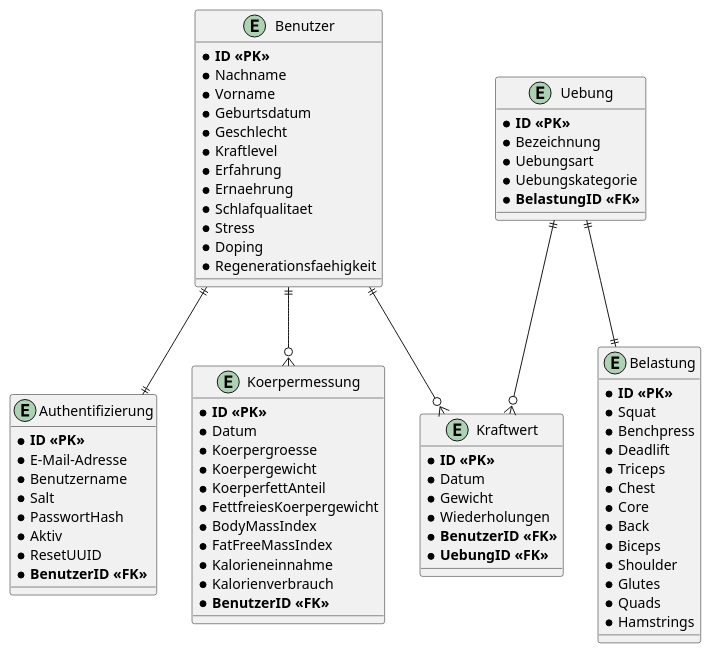
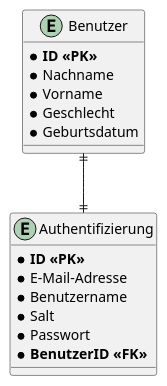
Before and after one commit to justinhada/TrainHarder: the diagram in designs/TrainHarder.puml, drawn with PlantUML. The commit also changed 1 other file, not shown here.

Commit message:
Erstelle Entity-Relationship-Models fuer Basis-Projekt

```diff
--- a/designs/TrainHarder.puml
+++ b/designs/TrainHarder.puml
@@ -1,86 +1,22 @@
 @startuml
 entity Authentifizierung
 {
     * **ID <<PK>>**
     * E-Mail-Adresse
     * Benutzername
     * Salt
-    * PasswortHash
-    * Aktiv
-    * ResetUUID
+    * Passwort
     * **BenutzerID <<FK>>**
 }
 
 entity Benutzer
 {
     * **ID <<PK>>**
     * Nachname
     * Vorname
+    * Geschlecht
     * Geburtsdatum
-    * Geschlecht
-    * Kraftlevel
-    * Erfahrung
-    * Ernaehrung
-    * Schlafqualitaet
-    * Stress
-    * Doping
-    * Regenerationsfaehigkeit
-}
-
-entity Uebung
-{
-    * **ID <<PK>>**
-    * Bezeichnung
-    * Uebungsart
-    * Uebungskategorie
-    * **BelastungID <<FK>>**
-}
-
-entity Belastung
-{
-    * **ID <<PK>>**
-    * Squat
-    * Benchpress
-    * Deadlift
-    * Triceps
-    * Chest
-    * Core
-    * Back
-    * Biceps
-    * Shoulder
-    * Glutes
-    * Quads
-    * Hamstrings
-}
-
-entity Kraftwert
-{
-    * **ID <<PK>>**
-    * Datum
-    * Gewicht
-    * Wiederholungen
-    * **BenutzerID <<FK>>**
-    * **UebungID <<FK>>**
-}
-
-entity Koerpermessung
-{
-    * **ID <<PK>>**
-    * Datum
-    * Koerpergroesse
-    * Koerpergewicht
-    * KoerperfettAnteil
-    * FettfreiesKoerpergewicht
-    * BodyMassIndex
-    * FatFreeMassIndex
-    * Kalorieneinnahme
-    * Kalorienverbrauch
-    * **BenutzerID <<FK>>**
 }
 
 Benutzer ||--|| Authentifizierung
-Uebung ||--|| Belastung
-Uebung ||--o{ Kraftwert
-Benutzer ||--o{ Kraftwert
-Benutzer ||--o{ Koerpermessung
 @enduml
```
